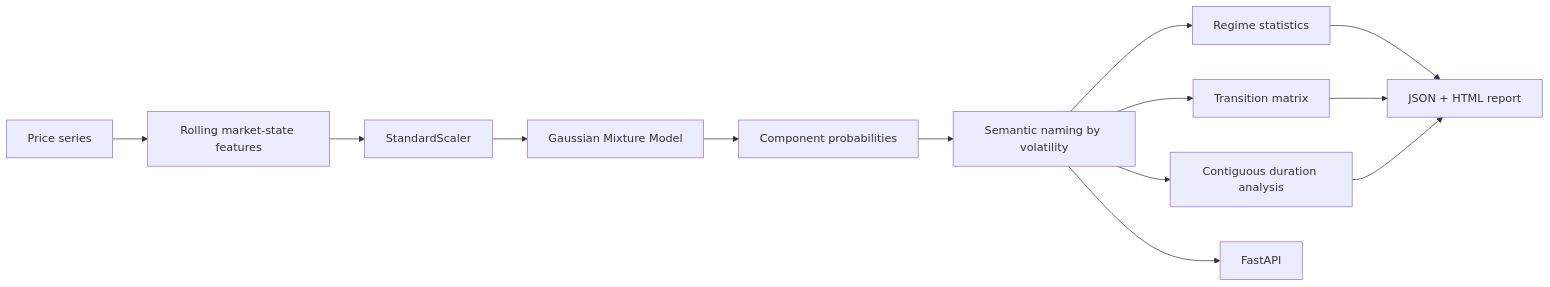
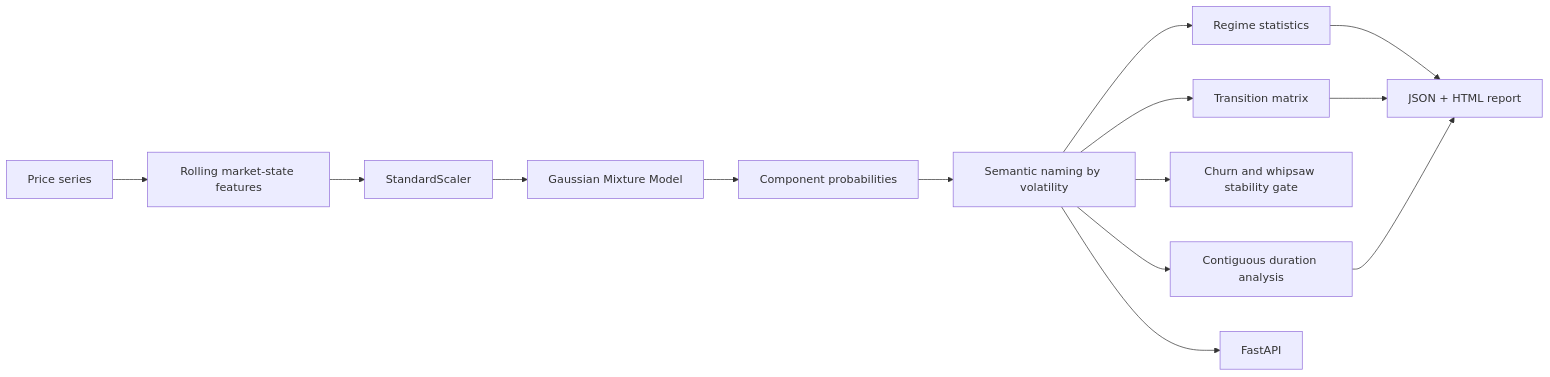
Before and after one commit to cagataykavas/market-regime-detection: the diagram in README.md, drawn with Mermaid. The commit also changed other lines of this file and 7 other files, not shown here.

Commit message:
feat: add market regime stability gate

````diff
--- a/README.md
+++ b/README.md
@@ -9,15 +9,16 @@
 ```mermaid
 flowchart LR
     P[Price series] --> F[Rolling market-state features]
     F --> S[StandardScaler]
     S --> G[Gaussian Mixture Model]
     G --> C[Component probabilities]
     C --> N[Semantic naming by volatility]
     N --> T[Transition matrix]
     N --> D[Contiguous duration analysis]
+    N --> STAB[Churn and whipsaw stability gate]
     N --> R[Regime statistics]
     R --> REP[JSON + HTML report]
     T --> REP
     D --> REP
     N --> API[FastAPI]
 ```
````
